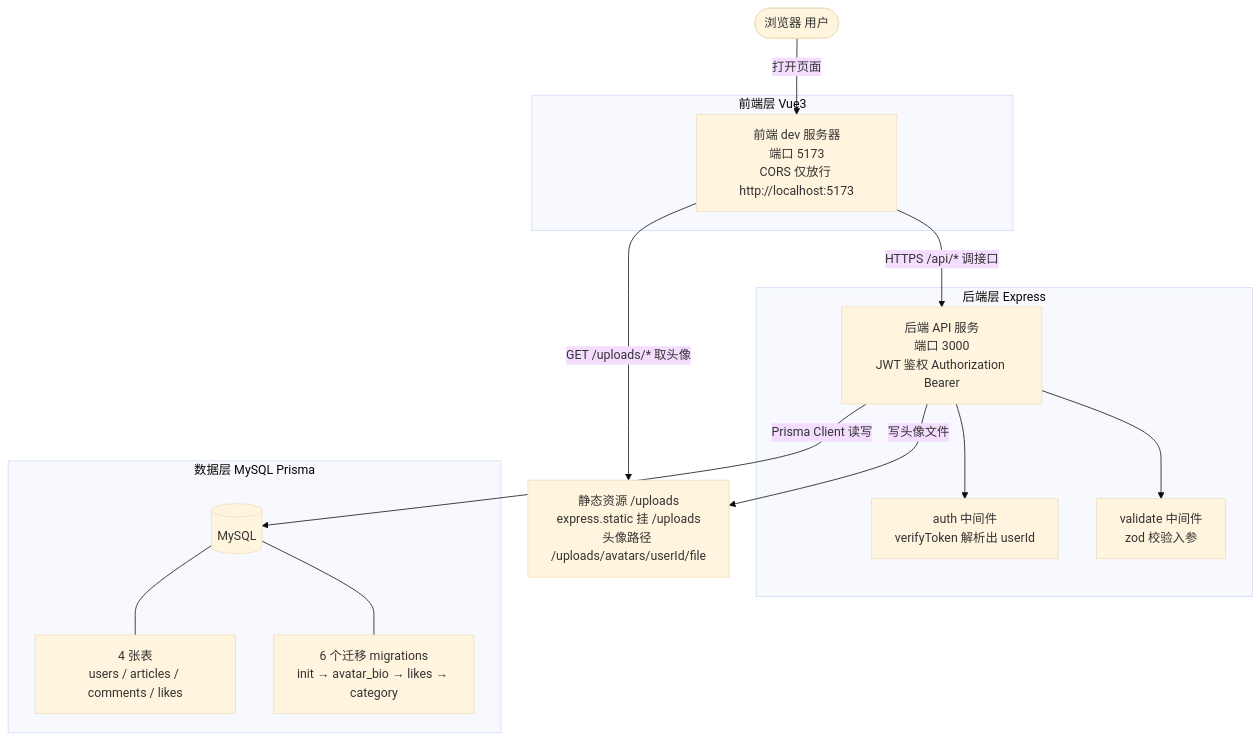
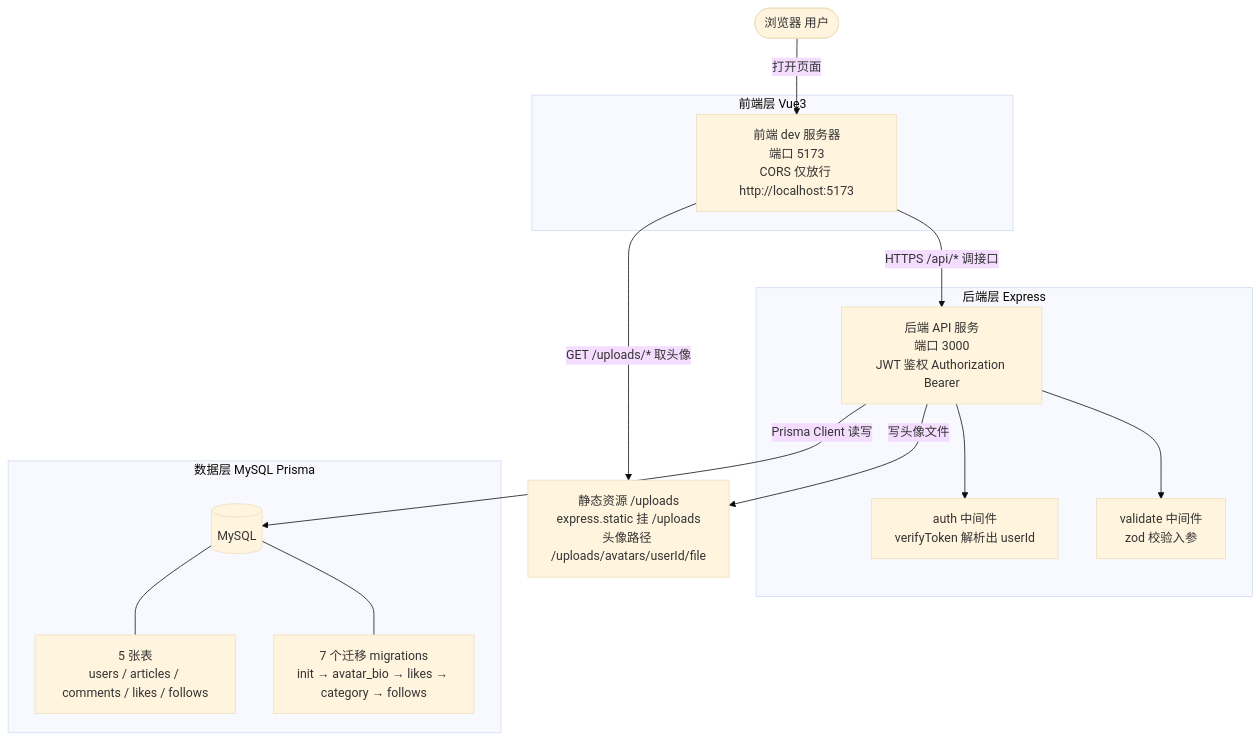
One commit to JuenLin/lin-blog changed the first of 6 diagrams in docs/ARCHITECTURE.md. Above: the diagram before and after it, drawn with Mermaid (base theme). The commit also changed other lines of this file, not shown here.

First line of the commit message:
docs: ARCHITECTURE.md 同步第 4 批结构变更

````diff
--- a/docs/ARCHITECTURE.md
+++ b/docs/ARCHITECTURE.md
@@ -25,32 +13,32 @@
 ```mermaid
 graph TB
   user([浏览器 用户])
 
   subgraph FE[前端层 Vue3]
     fe["前端 dev 服务器\n端口 5173\nCORS 仅放行 http://localhost:5173"]
   end
 
   subgraph BE[后端层 Express]
     be["后端 API 服务\n端口 3000\nJWT 鉴权 Authorization Bearer"]
     authn["auth 中间件\nverifyToken 解析出 userId"]
     vld["validate 中间件\nzod 校验入参"]
   end
 
   subgraph DATA[数据层 MySQL Prisma]
     db[("MySQL")]
-    tables["4 张表\nusers / articles / comments / likes"]
-    migs["6 个迁移 migrations\ninit → avatar_bio → likes → category"]
+    tables["5 张表\nusers / articles / comments / likes / follows"]
+    migs["7 个迁移 migrations\ninit → avatar_bio → likes → category → follows"]
   end
 
   uploads["静态资源 /uploads\nexpress.static 挂 /uploads\n头像路径 /uploads/avatars/userId/file"]
 
   user -->|打开页面| fe
   fe -->|"HTTPS /api/* 调接口"| be
   fe -->|"GET /uploads/* 取头像"| uploads
   be --> authn
   be --> vld
   be -->|"Prisma Client 读写"| db
   be -->|"写头像文件"| uploads
   db --- tables
   db --- migs
 ```
````
